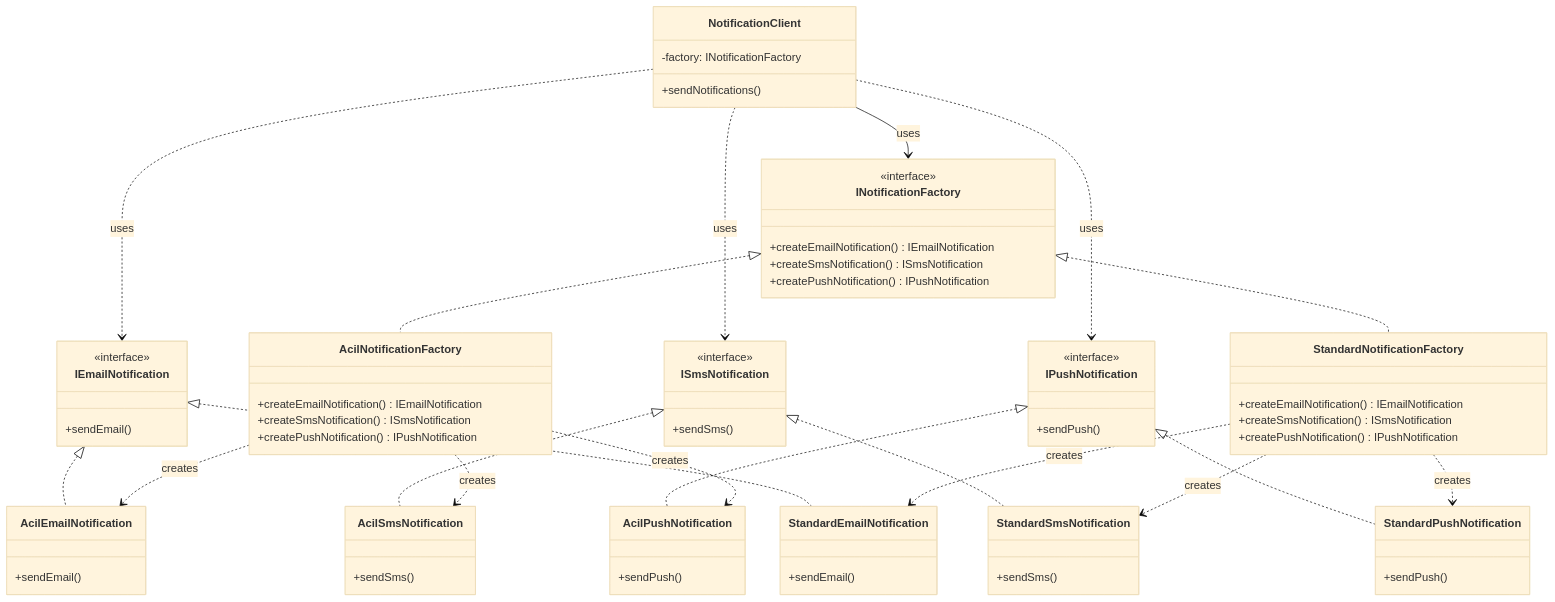
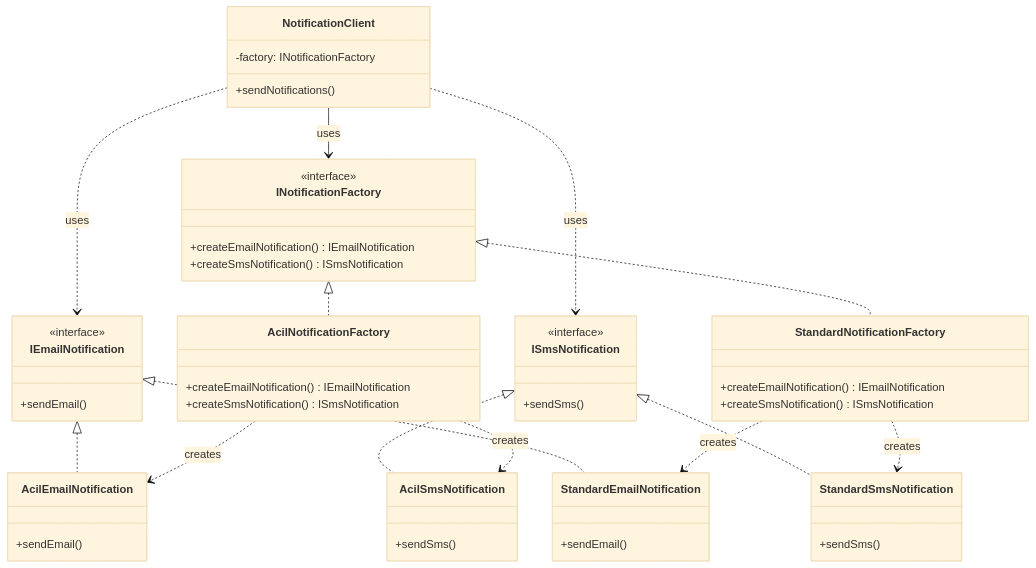
One commit to mcay51/tasarim_desenleri changed the diagram in tr/com/mcay/creational/factoryabstract/README.md. Above: the diagram before and after it, drawn with Mermaid (base theme).

Commit message:
Readme uml diyagramı sadeleştirildi.

`````diff
--- a/tr/com/mcay/creational/factoryabstract/README.md
+++ b/tr/com/mcay/creational/factoryabstract/README.md
@@ -36,11 +36,6 @@
 +sendSms()
 }
 
-class IPushNotification {
-<<interface>>
-+sendPush()
-}
-
 %% Somut Ürünler - Acil Bildirimler
 class AcilEmailNotification {
 +sendEmail()
@@ -48,10 +43,6 @@
 
 class AcilSmsNotification {
 +sendSms()
-}
-
-class AcilPushNotification {
-+sendPush()
 }
 
 %% Somut Ürünler - Standart Bildirimler
@@ -63,29 +54,22 @@
 +sendSms()
 }
 
-class StandardPushNotification {
-+sendPush()
-}
-
 %% Soyut Fabrika Arayüzü
 class INotificationFactory {
 <<interface>>
 +createEmailNotification() IEmailNotification
 +createSmsNotification() ISmsNotification
-+createPushNotification() IPushNotification
 }
 
 %% Somut Fabrikalar
 class AcilNotificationFactory {
 +createEmailNotification() IEmailNotification
 +createSmsNotification() ISmsNotification
-+createPushNotification() IPushNotification
 }
 
 class StandardNotificationFactory {
 +createEmailNotification() IEmailNotification
 +createSmsNotification() ISmsNotification
-+createPushNotification() IPushNotification
 }
 
 %% İstemci Sınıfı
@@ -99,23 +83,18 @@
 IEmailNotification <|.. StandardEmailNotification
 ISmsNotification <|.. AcilSmsNotification
 ISmsNotification <|.. StandardSmsNotification
-IPushNotification <|.. AcilPushNotification
-IPushNotification <|.. StandardPushNotification
 INotificationFactory <|.. AcilNotificationFactory
 INotificationFactory <|.. StandardNotificationFactory
 
 %% İlişkiler - Bağımlılıklar
 AcilNotificationFactory ..> AcilEmailNotification : creates
 AcilNotificationFactory ..> AcilSmsNotification : creates
-AcilNotificationFactory ..> AcilPushNotification : creates
 StandardNotificationFactory ..> StandardEmailNotification : creates
 StandardNotificationFactory ..> StandardSmsNotification : creates
-StandardNotificationFactory ..> StandardPushNotification : creates
 
 %% İstemci İlişkileri
 NotificationClient --> INotificationFactory : uses
 NotificationClient ..> IEmailNotification : uses
 NotificationClient ..> ISmsNotification : uses
-NotificationClient ..> IPushNotification : uses
 
 ````
`````
